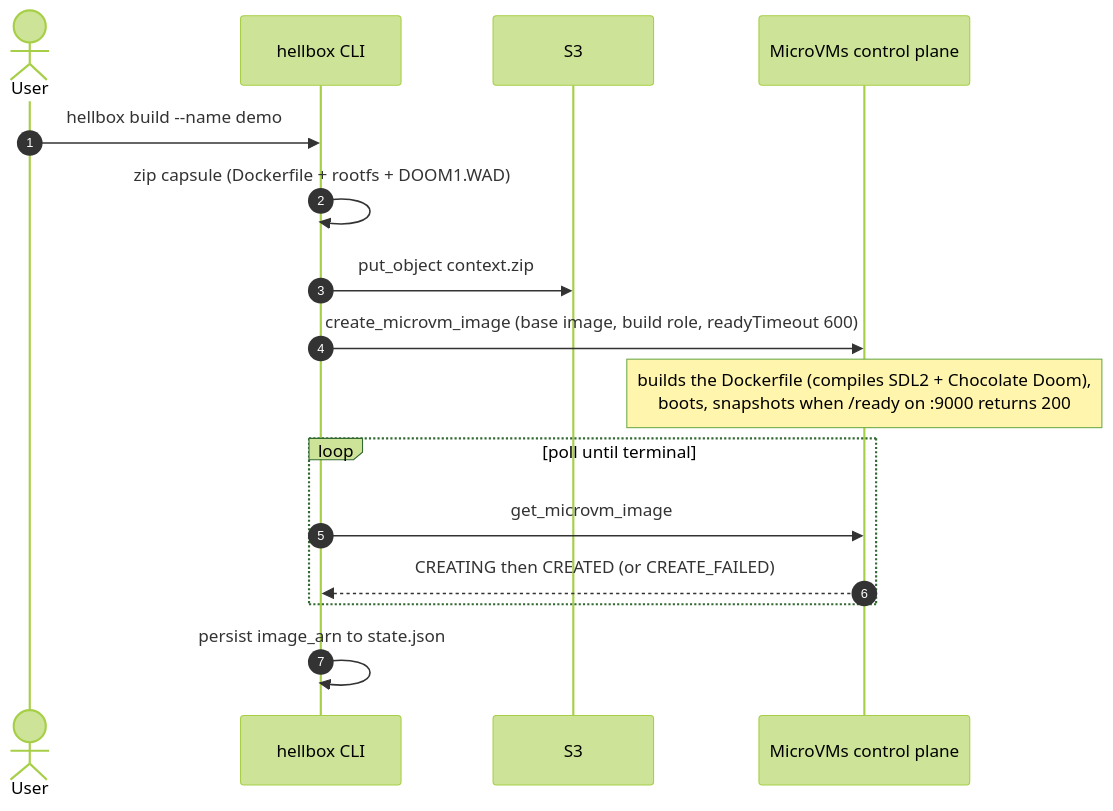
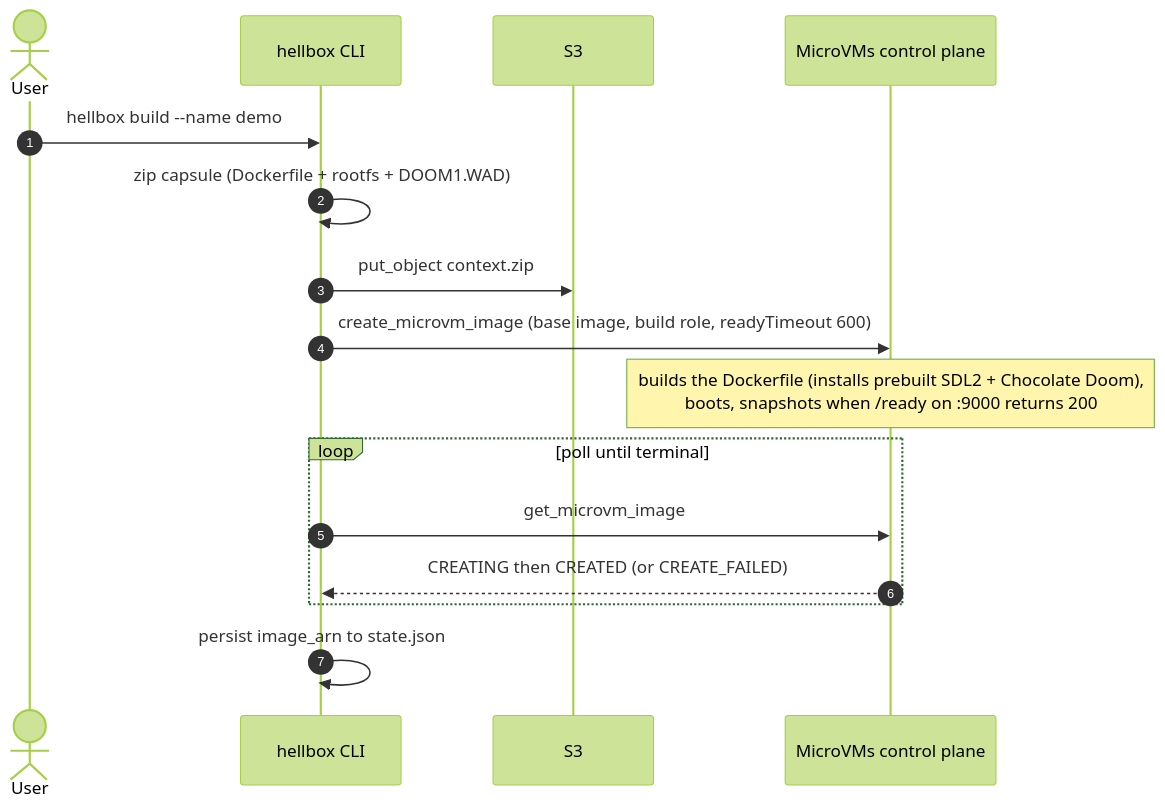
The second of 5 diagrams in docs/architecture.md (somoore/hellbox), drawn with Mermaid (forest theme) before and after one commit. The commit also changed other lines of this file and 4 other files, not shown here.

First line of the commit message:
feat: prebuilt SDL stack cuts the cloud image build by about a third

````diff
--- a/docs/architecture.md
+++ b/docs/architecture.md
@@ -91,19 +91,19 @@
 ```mermaid
 sequenceDiagram
     autonumber
     actor U as User
     participant CLI as hellbox CLI
     participant S3 as S3
     participant CP as MicroVMs control plane
 
     U->>CLI: hellbox build --name demo
     CLI->>CLI: zip capsule (Dockerfile + rootfs + DOOM1.WAD)
     CLI->>S3: put_object context.zip
     CLI->>CP: create_microvm_image (base image, build role, readyTimeout 600)
-    Note over CP: builds the Dockerfile (compiles SDL2 + Chocolate Doom),<br/>boots, snapshots when /ready on :9000 returns 200
+    Note over CP: builds the Dockerfile (installs prebuilt SDL2 + Chocolate Doom),<br/>boots, snapshots when /ready on :9000 returns 200
     loop poll until terminal
         CLI->>CP: get_microvm_image
         CP-->>CLI: CREATING then CREATED (or CREATE_FAILED)
     end
     CLI->>CLI: persist image_arn to state.json
 ```
````
